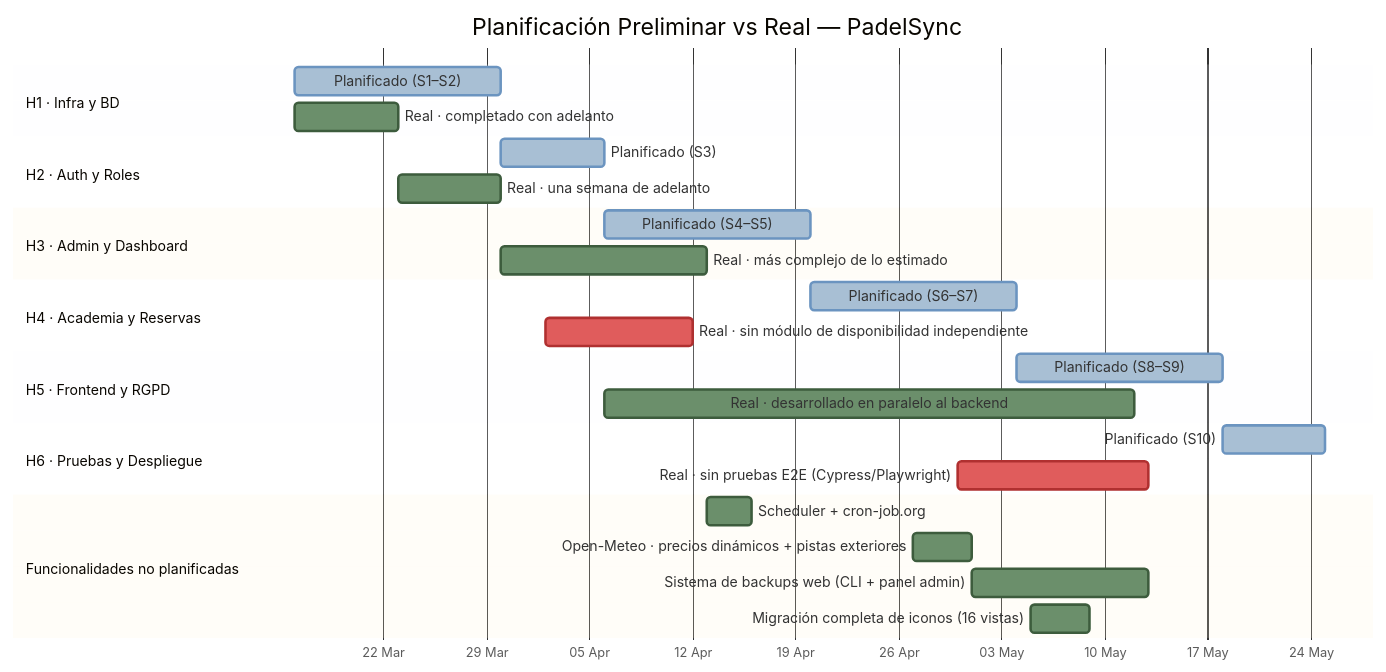
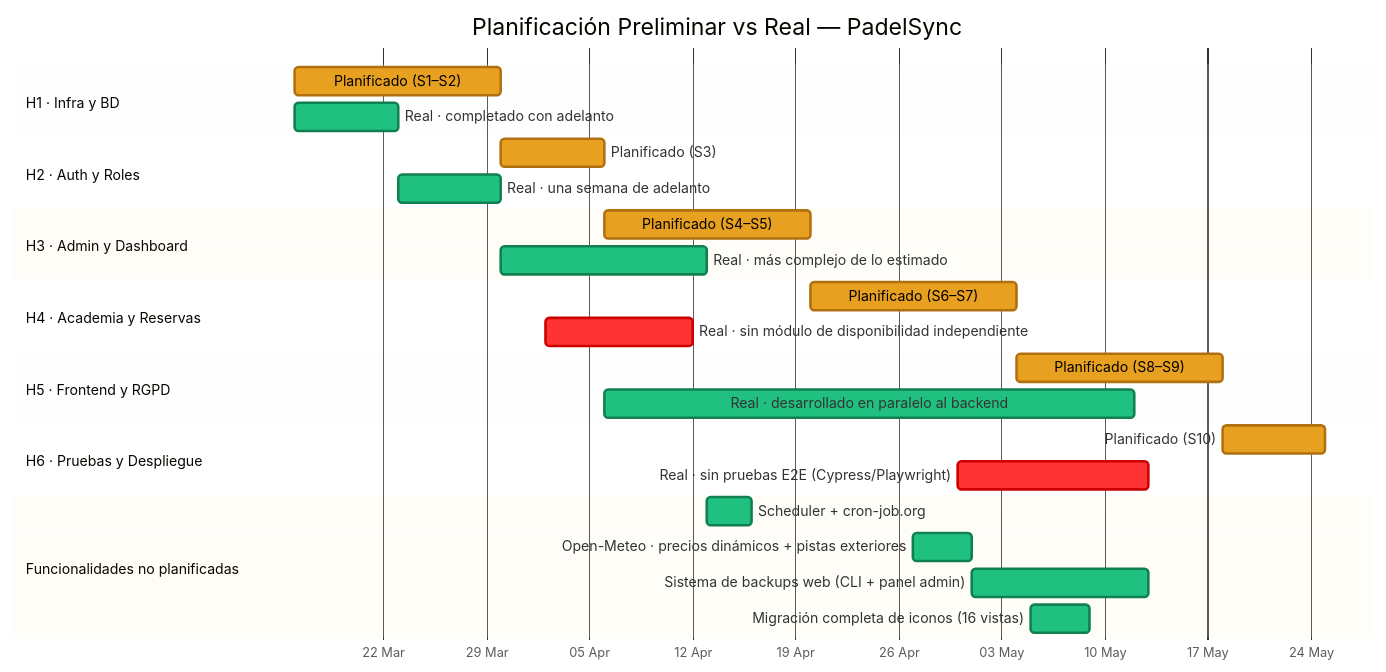
Before and after one commit to pabloiglepe/Prueba1---TFG: the second of 2 diagrams in docs/PLANIFICACION_REAL.md, drawn with Mermaid.

Commit message:
Actualizar documentación

````diff
--- a/docs/PLANIFICACION_REAL.md
+++ b/docs/PLANIFICACION_REAL.md
@@ -75,37 +75,37 @@
 ```mermaid
-%%{init: {'theme': 'base', 'gantt': {'leftPadding': 220, 'barHeight': 22, 'barGap': 6}, 'themeVariables': {'taskBkgColor': '#a8bfd4', 'taskBorderColor': '#6b94c0', 'activeTaskBkgColor': '#6b8f6b', 'activeTaskBorderColor': '#3d5c3d', 'critBkgColor': '#e05c5c', 'critBorderColor': '#b03030', 'todayLineColor': '#e05c5c'}}}%%
+%%{init: {'theme': 'base', 'gantt': {'leftPadding': 220, 'barHeight': 22, 'barGap': 6}, 'themeVariables': {'taskBkgColor': '#e8a020', 'taskBorderColor': '#b07010', 'taskTextColor': '#000000', 'activeTaskBkgColor': '#20c080', 'activeTaskBorderColor': '#108050', 'activeTaskTextColor': '#000000', 'critBkgColor': '#ff3333', 'critBorderColor': '#cc0000', 'todayLineColor': '#ffffff'}}}%%
 gantt
     title Planificación Preliminar vs Real — PadelSync
     dateFormat  YYYY-MM-DD
     axisFormat  %d %b
 
     section H1 · Infra y BD
     Planificado (S1–S2)                                :p1, 2026-03-16, 14d
     Real · completado con adelanto                     :active, r1, 2026-03-16, 7d
 
     section H2 · Auth y Roles
     Planificado (S3)                                   :p2, 2026-03-30, 7d
     Real · una semana de adelanto                      :active, r2, 2026-03-23, 7d
 
     section H3 · Admin y Dashboard
     Planificado (S4–S5)                                :p3, 2026-04-06, 14d
     Real · más complejo de lo estimado                 :active, r3, 2026-03-30, 14d
 
     section H4 · Academia y Reservas
     Planificado (S6–S7)                                :p4, 2026-04-20, 14d
     Real · sin módulo de disponibilidad independiente  :crit, r4, 2026-04-02, 10d
 
     section H5 · Frontend y RGPD
     Planificado (S8–S9)                                :p5, 2026-05-04, 14d
     Real · desarrollado en paralelo al backend         :active, r5, 2026-04-06, 36d
 
     section H6 · Pruebas y Despliegue
     Planificado (S10)                                  :p6, 2026-05-18, 7d
     Real · sin pruebas E2E (Cypress/Playwright)        :crit, r6, 2026-04-30, 13d
 
     section Funcionalidades no planificadas
     Scheduler + cron-job.org                           :active, np1, 2026-04-13, 3d
     Open-Meteo · precios dinámicos + pistas exteriores :active, np2, 2026-04-27, 4d
     Sistema de backups web (CLI + panel admin)         :active, np3, 2026-05-01, 12d
     Migración completa de iconos (16 vistas)           :active, np4, 2026-05-05, 4d
 ```
````
